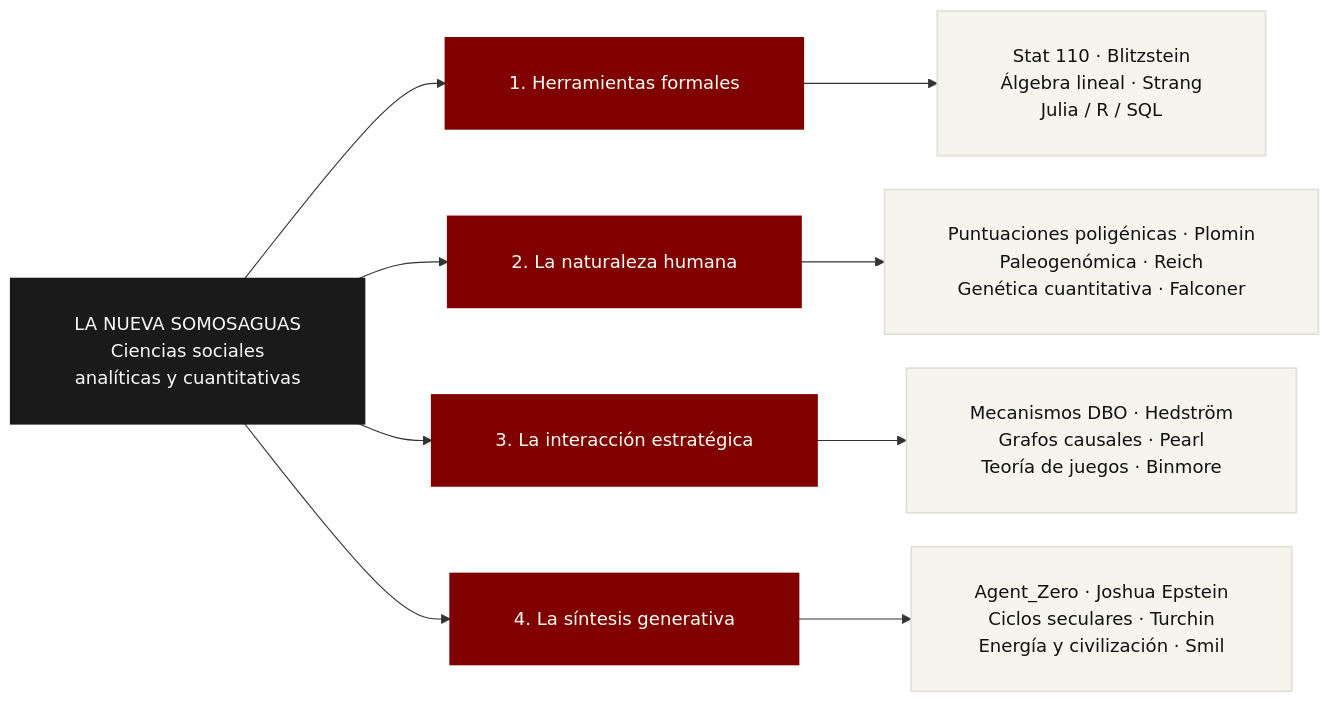
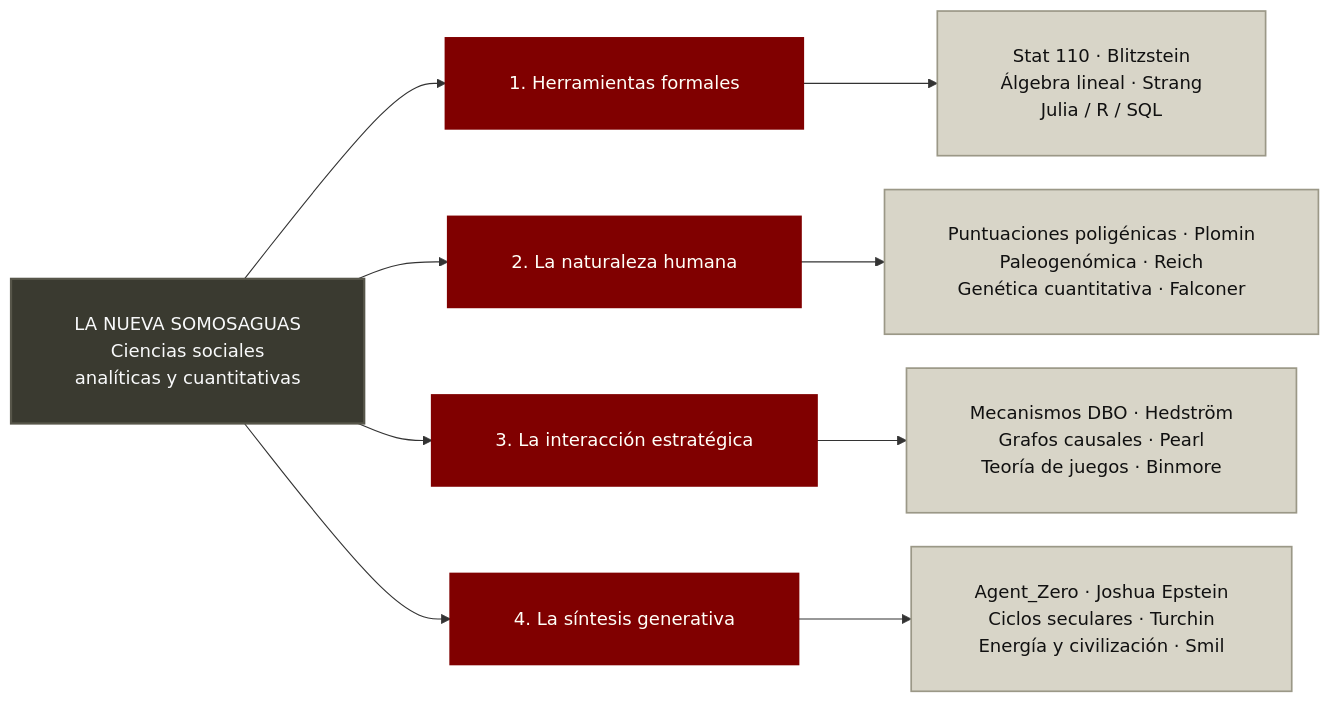
One commit to danielgccr/nuevasomosaguas changed the diagram in index.qmd. Above: the diagram before and after it, drawn with Mermaid. The commit also changed 8 other files, not shown here.

````diff
--- a/index.qmd
+++ b/index.qmd
@@ -27,26 +27,26 @@
 ```{mermaid}
 %%| label: fig-pilares
 %%| fig-cap: "Los cuatro pilares de la consiliencia y sus referencias fundacionales."
 
 %%{init: {"flowchart": {"htmlLabels": false, "nodeSpacing": 30, "rankSpacing": 60, "padding": 28, "wrappingWidth": 460, "useMaxWidth": true}}}%%
 flowchart LR
     NS["LA NUEVA SOMOSAGUAS<br/>Ciencias sociales<br/>analíticas y cuantitativas"]
 
     NS --> P1["1. Herramientas formales"]
     NS --> P2["2. La naturaleza humana"]
     NS --> P3["3. La interacción estratégica"]
     NS --> P4["4. La síntesis generativa"]
 
     P1 --> R1["Stat 110 · Blitzstein<br/>Álgebra lineal · Strang<br/>Julia / R / SQL"]
     P2 --> R2["Puntuaciones poligénicas · Plomin<br/>Paleogenómica · Reich<br/>Genética cuantitativa · Falconer"]
     P3 --> R3["Mecanismos DBO · Hedström<br/>Grafos causales · Pearl<br/>Teoría de juegos · Binmore"]
     P4 --> R4["Agent_Zero · Joshua Epstein<br/>Ciclos seculares · Turchin<br/>Energía y civilización · Smil"]
 
-    classDef raiz fill:#1a1a1a,stroke:#1a1a1a,stroke-width:2px,color:#f8f9fa
+    classDef raiz fill:#3a3a30,stroke:#57564a,stroke-width:2px,color:#f8f9fa
     classDef pilar fill:#800000,stroke:#800000,stroke-width:2px,color:#fffff8
-    classDef ref fill:#f5f5ee,stroke:#e0e0d8,stroke-width:1.5px,color:#111111
+    classDef ref fill:#d8d5c8,stroke:#9b9887,stroke-width:1.5px,color:#111111
 
     class NS raiz
     class P1,P2,P3,P4 pilar
     class R1,R2,R3,R4 ref
 ```
````
